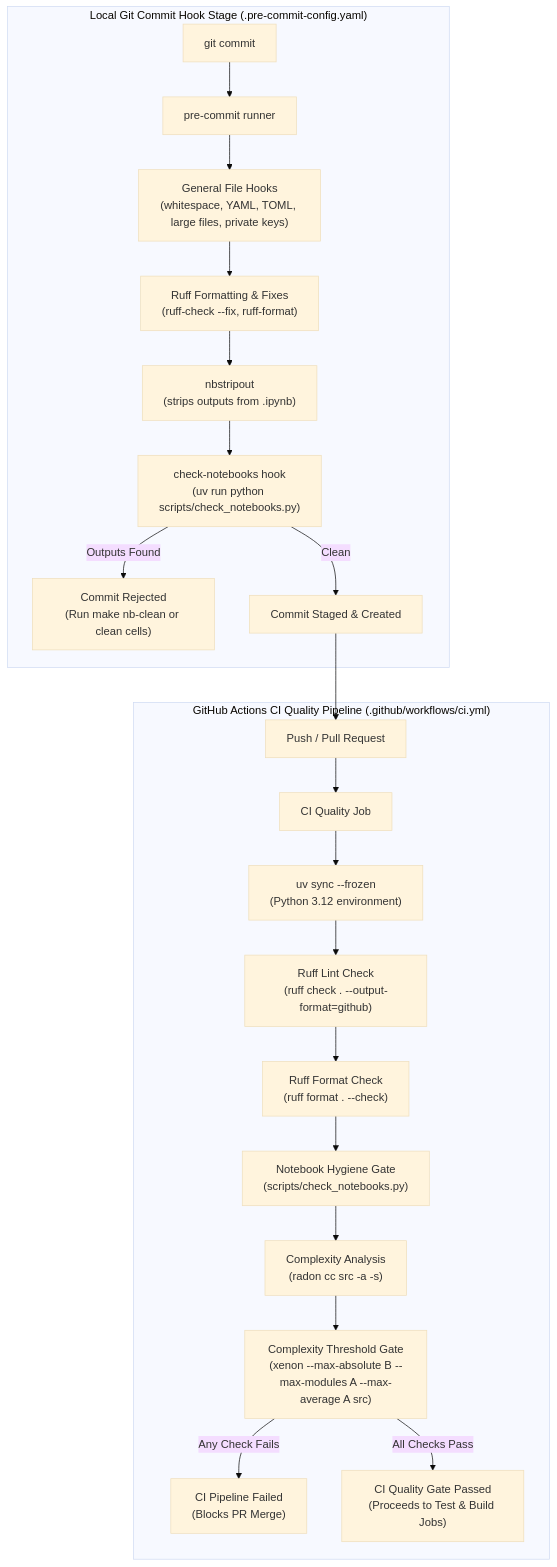
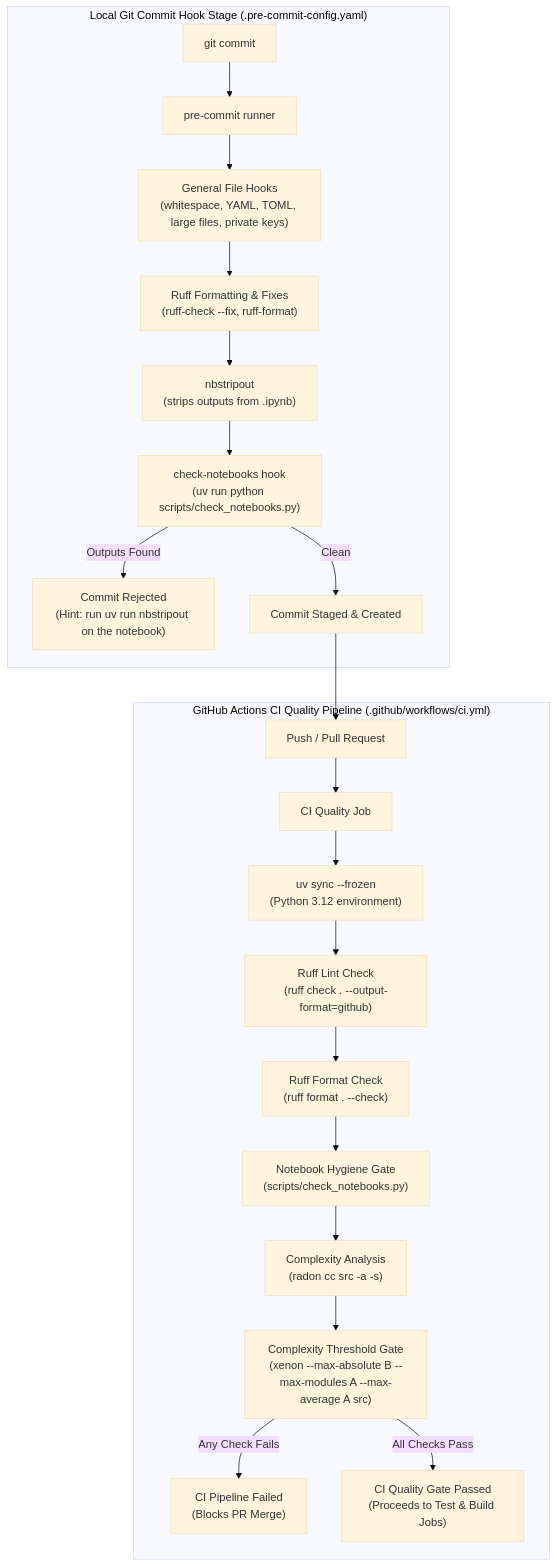
The diagram in openwiki/workflows/development_and_quality.md (PosTech9MLET/tech-challenge-fase-4), drawn with Mermaid (base theme) before and after one commit. The commit also changed other lines of this file and 27 other files, not shown here.

````diff
--- a/openwiki/workflows/development_and_quality.md
+++ b/openwiki/workflows/development_and_quality.md
@@ -31,26 +31,26 @@
 ```mermaid
 flowchart TD
     subgraph LocalCommit ["Local Git Commit Hook Stage (.pre-commit-config.yaml)"]
         GitCommit["git commit"] --> PreCommitRunner["pre-commit runner"]
         PreCommitRunner --> GeneralHygiene["General File Hooks\n(whitespace, YAML, TOML, large files, private keys)"]
         GeneralHygiene --> RuffLocal["Ruff Formatting & Fixes\n(ruff-check --fix, ruff-format)"]
         RuffLocal --> NbStripout["nbstripout\n(strips outputs from .ipynb)"]
         NbStripout --> CheckNbLocal["check-notebooks hook\n(uv run python scripts/check_notebooks.py)"]
-        CheckNbLocal -->|Outputs Found| CommitFail["Commit Rejected\n(Run make nb-clean or clean cells)"]
+        CheckNbLocal -->|Outputs Found| CommitFail["Commit Rejected\n(Hint: run uv run nbstripout on the notebook)"]
         CheckNbLocal -->|Clean| CommitSuccess["Commit Staged & Created"]
     end
 
     subgraph CIStage ["GitHub Actions CI Quality Pipeline (.github/workflows/ci.yml)"]
         PushPR["Push / Pull Request"] --> CIWorkflow["CI Quality Job"]
         CIWorkflow --> SetupEnv["uv sync --frozen\n(Python 3.12 environment)"]
         SetupEnv --> RuffLintCI["Ruff Lint Check\n(ruff check . --output-format=github)"]
         RuffLintCI --> RuffFormatCI["Ruff Format Check\n(ruff format . --check)"]
         RuffFormatCI --> CheckNbCI["Notebook Hygiene Gate\n(scripts/check_notebooks.py)"]
         CheckNbCI --> RadonCI["Complexity Analysis\n(radon cc src -a -s)"]
         RadonCI --> XenonCI["Complexity Threshold Gate\n(xenon --max-absolute B --max-modules A --max-average A src)"]
         XenonCI -->|Any Check Fails| CIFail["CI Pipeline Failed\n(Blocks PR Merge)"]
         XenonCI -->|All Checks Pass| CIPass["CI Quality Gate Passed\n(Proceeds to Test & Build Jobs)"]
     end
 
     CommitSuccess --> PushPR
 ```
````
